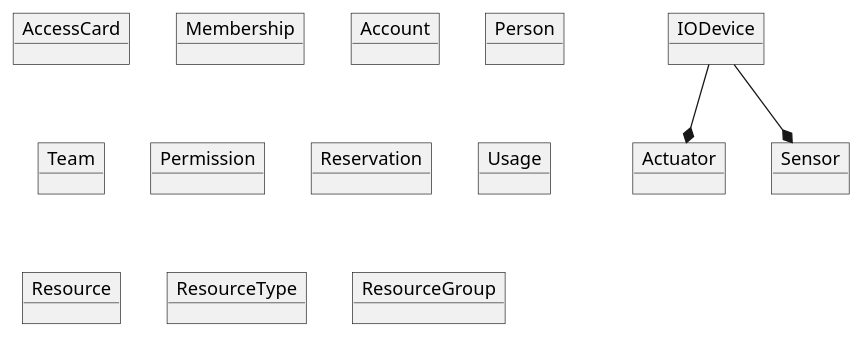
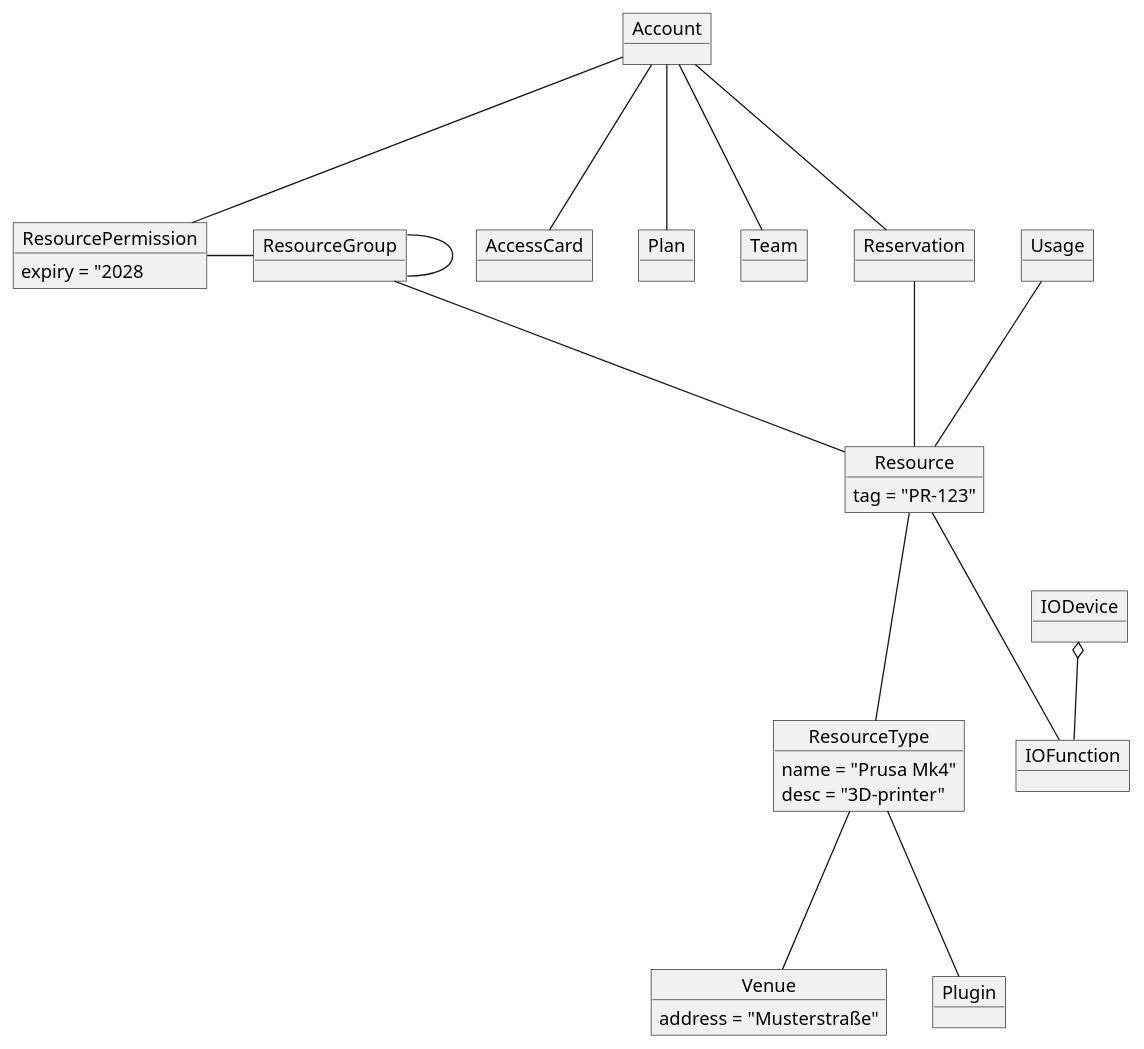
One commit to PSandro/makerlink changed the diagram in docs/makerlink.puml. Above: the diagram before and after it, drawn with PlantUML.

Commit message:
add objects to machine

```diff
--- a/docs/makerlink.puml
+++ b/docs/makerlink.puml
@@ -1,19 +1,41 @@
 @startuml
 object AccessCard
-object Membership
+object Plan
 object Account
-object Person
 object Team
-object Permission
+object ResourcePermission
+ResourcePermission : expiry = "2028
 object Reservation
 object Usage
 object Resource
+Resource : tag = "PR-123"
 object ResourceType
+ResourceType : name = "Prusa Mk4"
+ResourceType : desc = "3D-printer"
+object Venue
+Venue : address = "Musterstraße"
 object ResourceGroup
-object Actuator
-object Sensor
-object IODevice
+object IODevice /' populates functions by driver '/
+object Plugin
+object IOFunction
 
-IODevice --* Actuator
-IODevice --* Sensor
+IODevice o-- IOFunction
+
+Resource --- IOFunction
+Resource --- ResourceType
+ResourceGroup --- Resource
+ResourceGroup --- ResourceGroup
+ResourceType --- Venue
+ResourceType --- Plugin
+
+Account --- AccessCard
+Account --- Plan
+Account --- Team
+Account --- Reservation
+Account --- ResourcePermission
+Reservation --- Resource
+Usage --- Resource
+
+ResourcePermission - ResourceGroup
+
 @enduml
```
